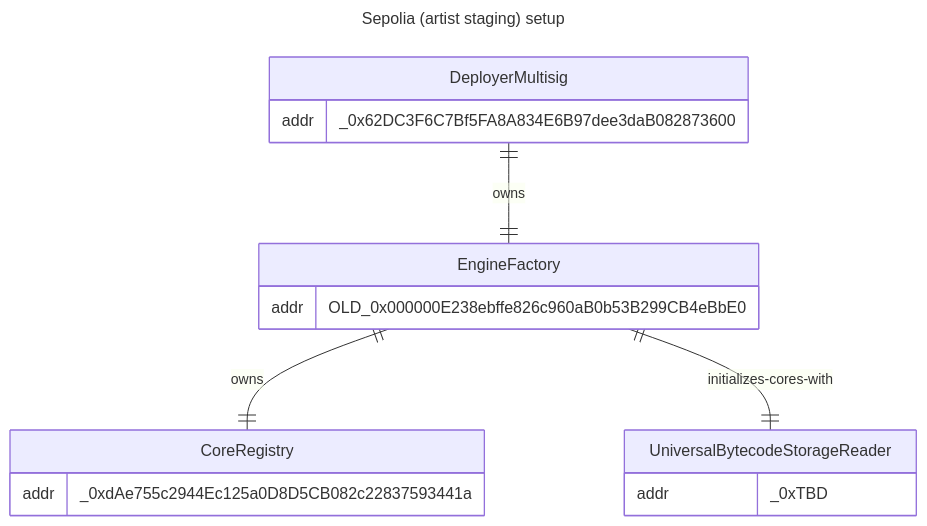
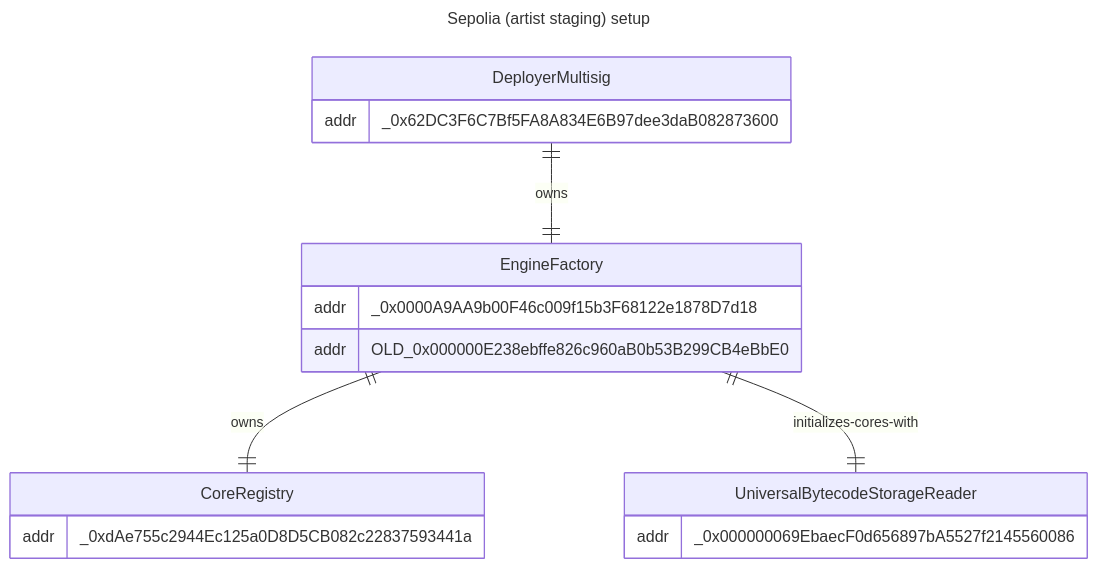
Before and after one commit to void-smith660/artblocks-contracts: the third of 4 diagrams in packages/contracts/INFRASTRUCTURE.md, drawn with Mermaid. The commit also changed other lines of this file and 9 other files, not shown here.

````diff
--- a/packages/contracts/INFRASTRUCTURE.md
+++ b/packages/contracts/INFRASTRUCTURE.md
@@ -76,21 +78,22 @@
 ```mermaid
 ---
 title: Sepolia (artist staging) setup
 ---
 erDiagram
     DeployerMultisig ||--|| EngineFactory : owns
     EngineFactory ||--|| CoreRegistry : owns
     EngineFactory ||--|| UniversalBytecodeStorageReader : initializes-cores-with
     DeployerMultisig {
         addr _0x62DC3F6C7Bf5FA8A834E6B97dee3daB082873600
     }
     EngineFactory {
+        addr _0x0000A9AA9b00F46c009f15b3F68122e1878D7d18
         addr OLD_0x000000E238ebffe826c960aB0b53B299CB4eBbE0
     }
     CoreRegistry {
         addr _0xdAe755c2944Ec125a0D8D5CB082c22837593441a
     }
     UniversalBytecodeStorageReader {
-        addr _0xTBD
+        addr _0x000000069EbaecF0d656897bA5527f2145560086
     }
 ```
````
